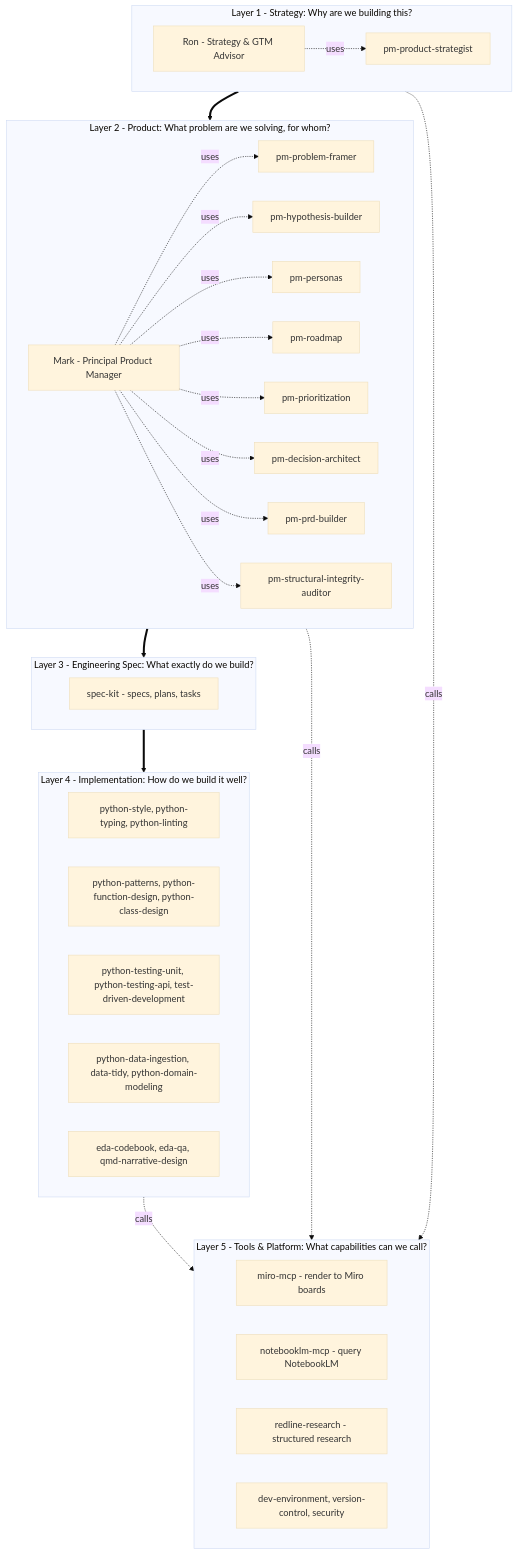
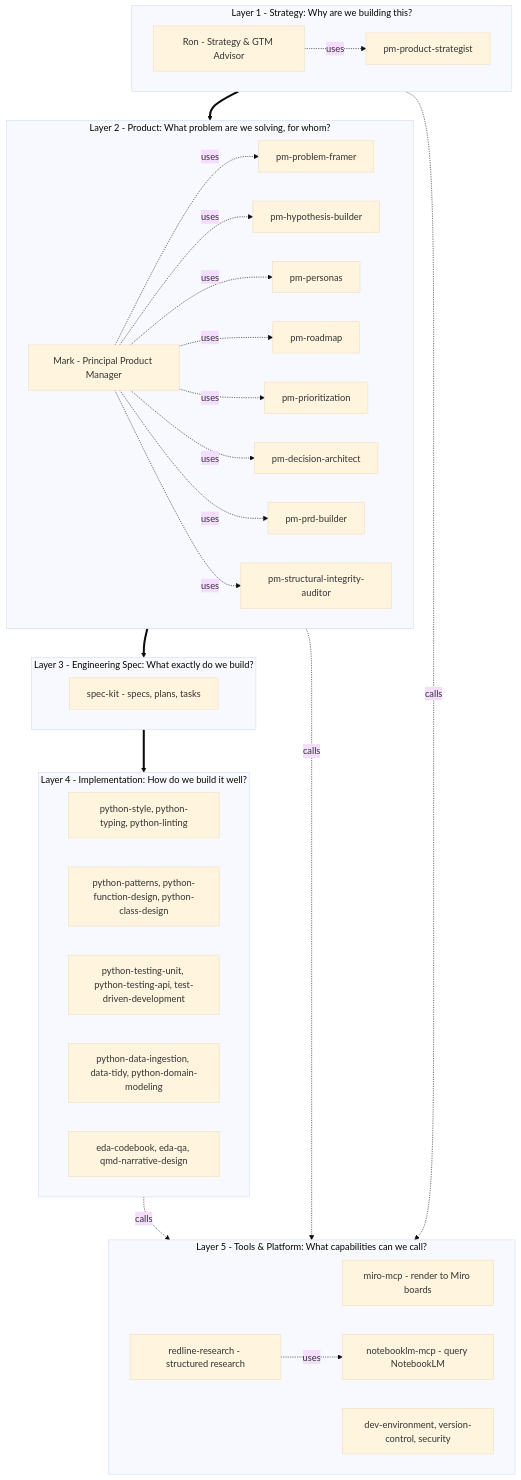
The diagram in docs/architecture/skills-architecture.md (redmarklogic/redline), drawn with Mermaid (base theme) before and after one commit. The commit also changed 4 other files, not shown here.

````diff
--- a/docs/architecture/skills-architecture.md
+++ b/docs/architecture/skills-architecture.md
@@ -31,54 +31,55 @@
 ```mermaid
 flowchart TD
     subgraph L1[Layer 1 - Strategy: Why are we building this?]
         Ron[Ron - Strategy & GTM Advisor]
         ProdStrat[pm-product-strategist]
         Ron -.uses.-> ProdStrat
     end
 
     subgraph L2[Layer 2 - Product: What problem are we solving, for whom?]
         Mark[Mark - Principal Product Manager]
         Framer[pm-problem-framer]
         Hyp[pm-hypothesis-builder]
         Personas[pm-personas]
         Roadmap[pm-roadmap]
         Prio[pm-prioritization]
         Decision[pm-decision-architect]
         PRD[pm-prd-builder]
         Audit[pm-structural-integrity-auditor]
         Mark -.uses.-> Framer
         Mark -.uses.-> Hyp
         Mark -.uses.-> Personas
         Mark -.uses.-> Roadmap
         Mark -.uses.-> Prio
         Mark -.uses.-> Decision
         Mark -.uses.-> PRD
         Mark -.uses.-> Audit
     end
 
     subgraph L3[Layer 3 - Engineering Spec: What exactly do we build?]
         SpecKit[spec-kit - specs, plans, tasks]
     end
 
     subgraph L4[Layer 4 - Implementation: How do we build it well?]
         Style[python-style, python-typing, python-linting]
         Patterns[python-patterns, python-function-design, python-class-design]
         Testing[python-testing-unit, python-testing-api, test-driven-development]
         Data[python-data-ingestion, data-tidy, python-domain-modeling]
         Reporting[eda-codebook, eda-qa, qmd-narrative-design]
     end
 
     subgraph L5[Layer 5 - Tools & Platform: What capabilities can we call?]
         Miro[miro-mcp - render to Miro boards]
         Notebook[notebooklm-mcp - query NotebookLM]
         Research[redline-research - structured research]
         DevEnv[dev-environment, version-control, security]
+        Research -.uses.-> Notebook
     end
 
     L1 ==> L2
     L2 ==> L3
     L3 ==> L4
     L4 -.calls.-> L5
     L2 -.calls.-> L5
     L1 -.calls.-> L5
 ```
````
